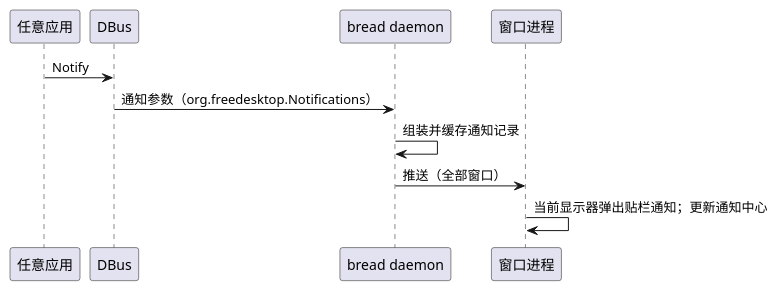
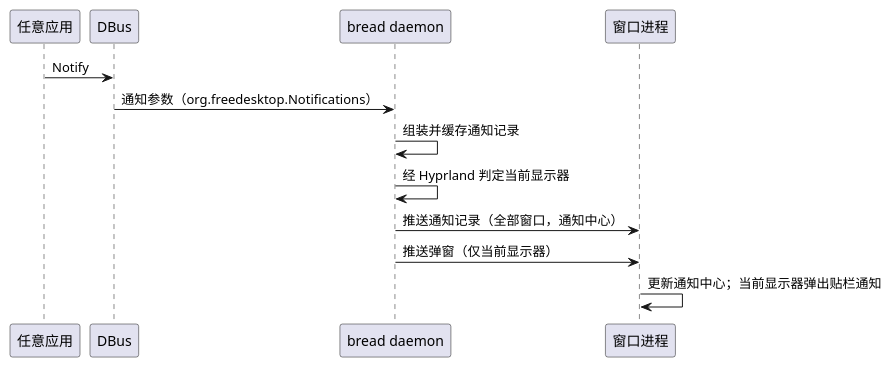
Before and after one commit to 54m43lJ/BreadKnife: the diagram in diagram/breadknife-notification.puml, drawn with PlantUML. The commit also changed 13 other files, not shown here.

```diff
--- a/diagram/breadknife-notification.puml
+++ b/diagram/breadknife-notification.puml
@@ -1,12 +1,14 @@
 @startuml breadknife-notification
 participant "任意应用" as app
 participant DBus
 participant "bread daemon" as daemon
 participant "窗口进程" as win
 
 app -> DBus: Notify
 DBus -> daemon: 通知参数（org.freedesktop.Notifications）
 daemon -> daemon: 组装并缓存通知记录
-daemon -> win: 推送（全部窗口）
-win -> win: 当前显示器弹出贴栏通知；更新通知中心
+daemon -> daemon: 经 Hyprland 判定当前显示器
+daemon -> win: 推送通知记录（全部窗口，通知中心）
+daemon -> win: 推送弹窗（仅当前显示器）
+win -> win: 更新通知中心；当前显示器弹出贴栏通知
 @enduml
```
